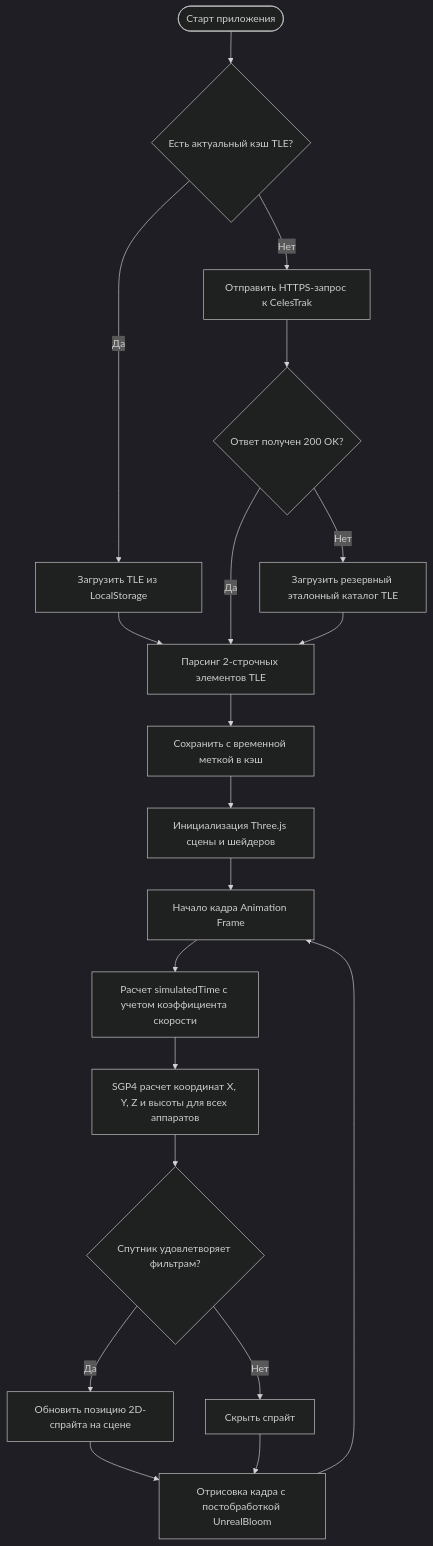
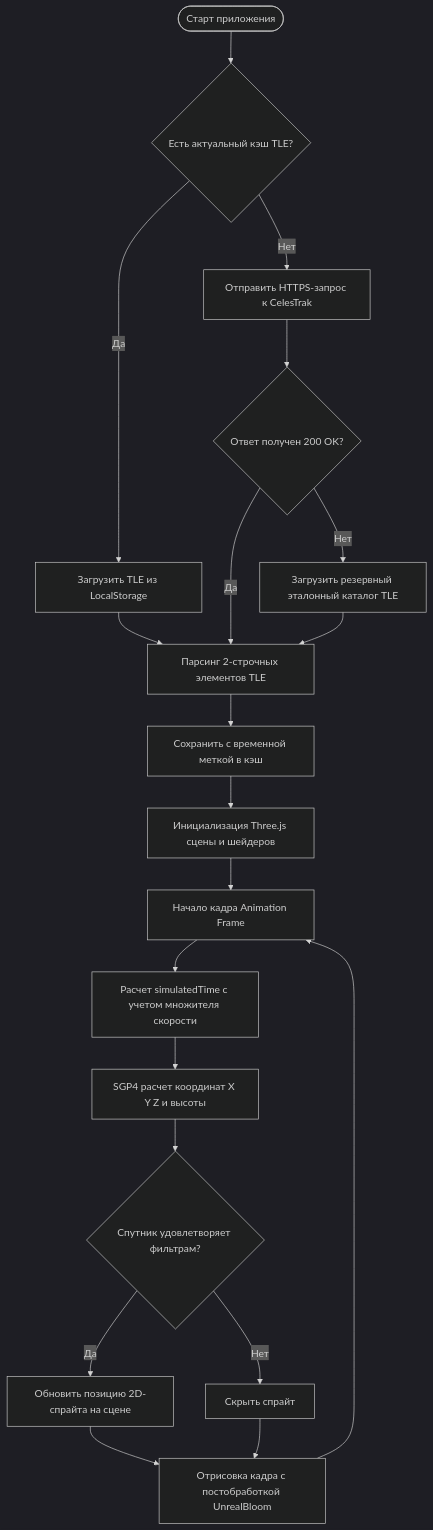
Before and after one commit to ajdan8017-pixel/OrbitWatch: the fifth of 9 diagrams in diagrams-overview.md, drawn with Mermaid (dark theme). The commit also changed other lines of this file, not shown here.

````diff
--- a/diagrams-overview.md
+++ b/diagrams-overview.md
@@ -223,27 +223,27 @@
 ```mermaid
 graph TD
     Start([Старт приложения]) --> CheckCache{Есть актуальный кэш TLE?}
-    CheckCache -- Да --> LoadCache[Загрузить TLE из LocalStorage]
-    CheckCache -- Нет --> RequestAPI[Отправить HTTPS-запрос к CelesTrak]
+    CheckCache -->|Да| LoadCache[Загрузить TLE из LocalStorage]
+    CheckCache -->|Нет| RequestAPI[Отправить HTTPS-запрос к CelesTrak]
     
     RequestAPI --> APIOk{Ответ получен 200 OK?}
-    APIOk -- Да --> ParseTLE[Парсинг 2-строчных элементов TLE]
-    APIOk -- Нет --> Fallback[Загрузить резервный эталонный каталог TLE]
+    APIOk -->|Да| ParseTLE[Парсинг 2-строчных элементов TLE]
+    APIOk -->|Нет| Fallback[Загрузить резервный эталонный каталог TLE]
     
     LoadCache --> ParseTLE
     Fallback --> ParseTLE
     
     ParseTLE --> SaveCache[Сохранить с временной меткой в кэш]
     SaveCache --> Init3D[Инициализация Three.js сцены и шейдеров]
     
     Init3D --> LoopStart[Начало кадра Animation Frame]
-    LoopStart --> UpdateTime[Расчет simulatedTime с учетом коэффициента скорости]
-    UpdateTime --> PropagateSGP4[SGP4 расчет координат X, Y, Z и высоты для всех аппаратов]
+    LoopStart --> UpdateTime[Расчет simulatedTime с учетом множителя скорости]
+    UpdateTime --> PropagateSGP4[SGP4 расчет координат X Y Z и высоты]
     PropagateSGP4 --> CheckFilter{Спутник удовлетворяет фильтрам?}
-    CheckFilter -- Да --> UpdateSprite[Обновить позицию 2D-спрайта на сцене]
-    CheckFilter -- Нет --> HideSprite[Скрыть спрайт]
+    CheckFilter -->|Да| UpdateSprite[Обновить позицию 2D-спрайта на сцене]
+    CheckFilter -->|Нет| HideSprite[Скрыть спрайт]
     
     UpdateSprite --> RenderFrame[Отрисовка кадра с постобработкой UnrealBloom]
     HideSprite --> RenderFrame
     RenderFrame --> LoopStart
 ```
````
